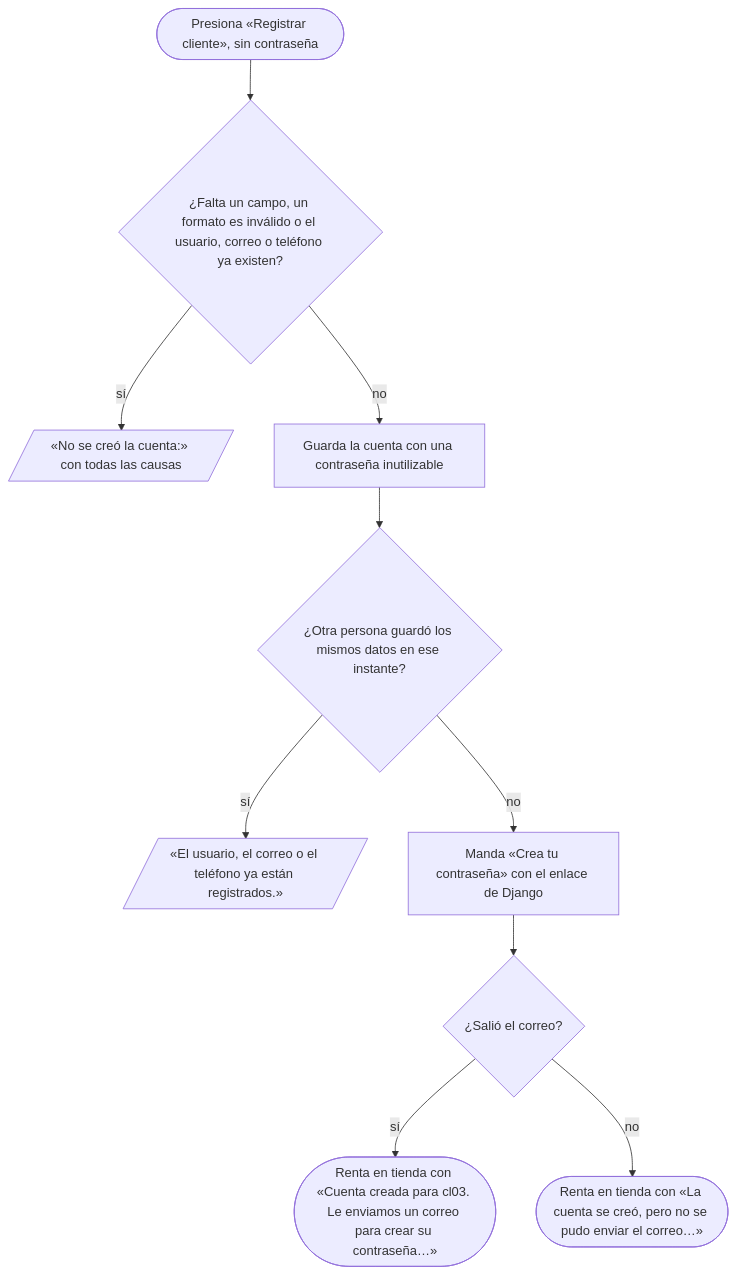
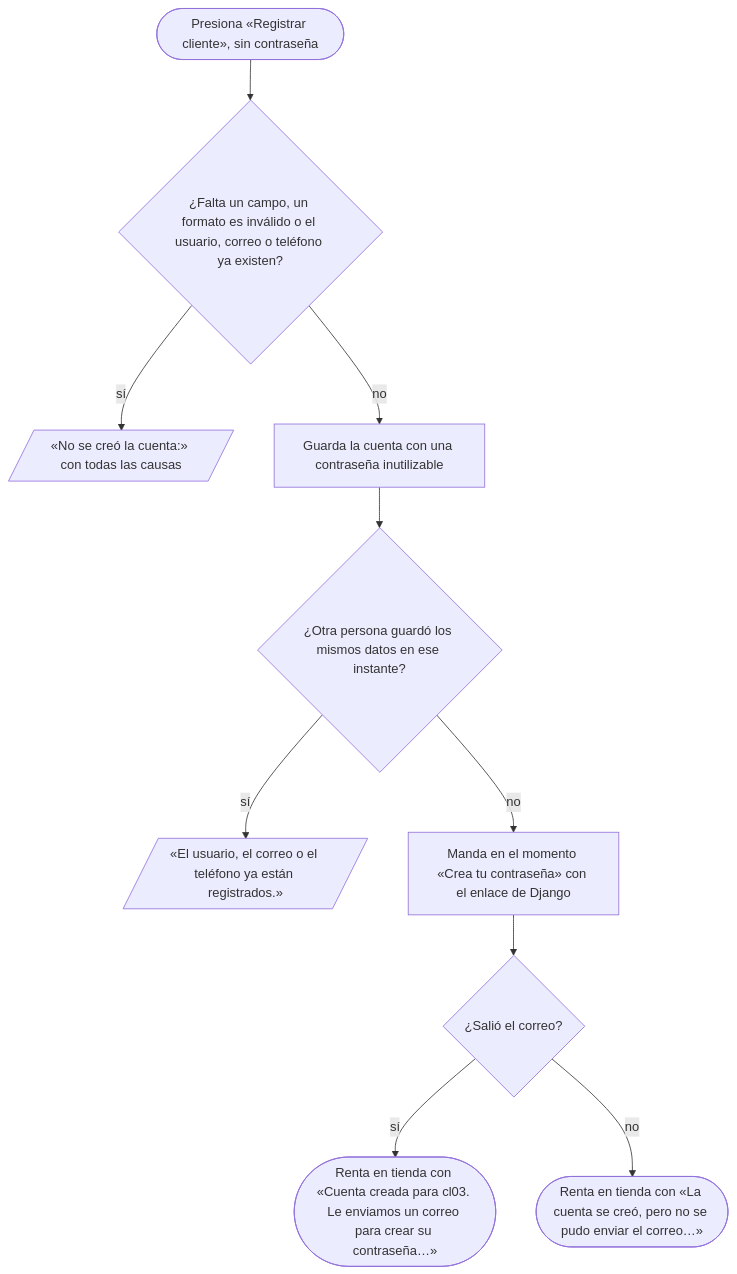
Before and after one commit to peterteranb/astra-rent-system: the sixth of 39 diagrams in docs/casos-de-uso.md, drawn with Mermaid. The commit also changed other lines of this file and 9 other files, not shown here.

````diff
--- a/docs/casos-de-uso.md
+++ b/docs/casos-de-uso.md
@@ -243,12 +328,12 @@
 ```mermaid
 flowchart TD
     A(["Presiona «Registrar cliente», sin contraseña"]) --> B{"¿Falta un campo, un formato es inválido o el usuario, correo o teléfono ya existen?"}
     B -- sí --> C[/"«No se creó la cuenta:» con todas las causas"/]
     B -- no --> D["Guarda la cuenta con una contraseña inutilizable"]
     D --> E{"¿Otra persona guardó los mismos datos en ese instante?"}
     E -- sí --> F[/"«El usuario, el correo o el teléfono ya están registrados.»"/]
-    E -- no --> G["Manda «Crea tu contraseña» con el enlace de Django"]
+    E -- no --> G["Manda en el momento «Crea tu contraseña» con el enlace de Django"]
     G --> H{"¿Salió el correo?"}
     H -- sí --> I(["Renta en tienda con «Cuenta creada para cl03. Le enviamos un correo para crear su contraseña…»"])
     H -- no --> J(["Renta en tienda con «La cuenta se creó, pero no se pudo enviar el correo…»"])
 ```
````
